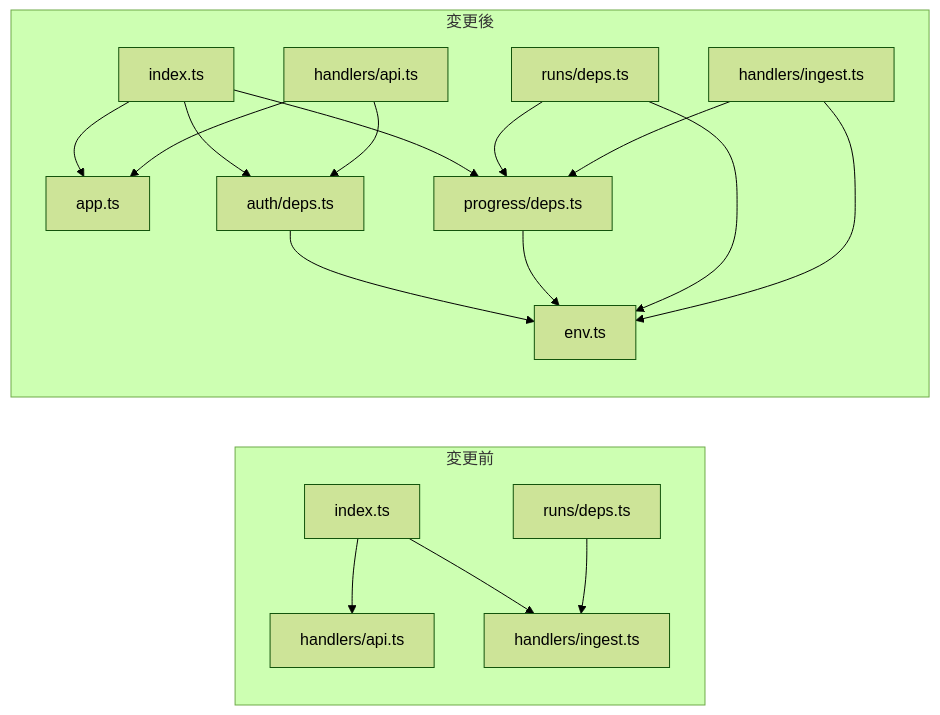
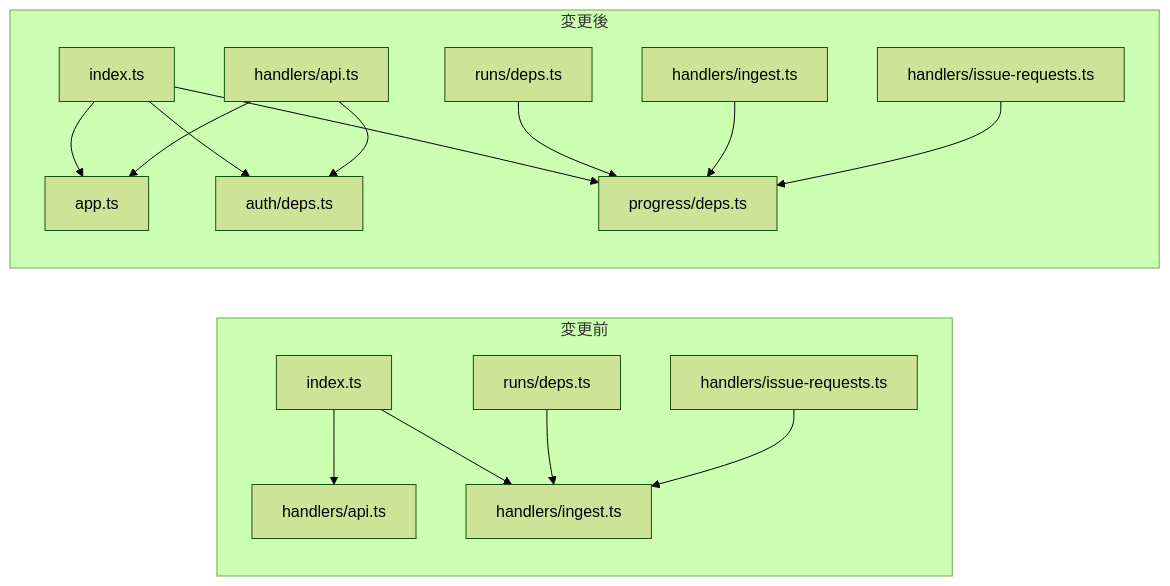
The first of 4 diagrams in issues/issue-2199-design.md (devbasex/ai-plugins), drawn with Mermaid (forest theme) before and after one commit. The commit also changed other lines of this file, not shown here.

````diff
--- a/issues/issue-2199-design.md
+++ b/issues/issue-2199-design.md
@@ -160,21 +164,19 @@
 ```mermaid
 graph LR
   subgraph 変更前
     I1[index.ts] --> HA1[handlers/api.ts]
     I1 --> HI1[handlers/ingest.ts]
     RD1[runs/deps.ts] --> HI1
+    HQ1[handlers/issue-requests.ts] --> HI1
   end
   subgraph 変更後
     I2[index.ts] --> APP[app.ts]
     I2 --> AD[auth/deps.ts]
     I2 --> PD[progress/deps.ts]
     RD2[runs/deps.ts] --> PD
     HA2[handlers/api.ts] --> APP
     HA2 --> AD
     HI2[handlers/ingest.ts] --> PD
-    AD --> ENV[env.ts]
-    PD --> ENV
-    RD2 --> ENV
-    HI2 --> ENV
+    HQ2[handlers/issue-requests.ts] --> PD
   end
 ```
````
